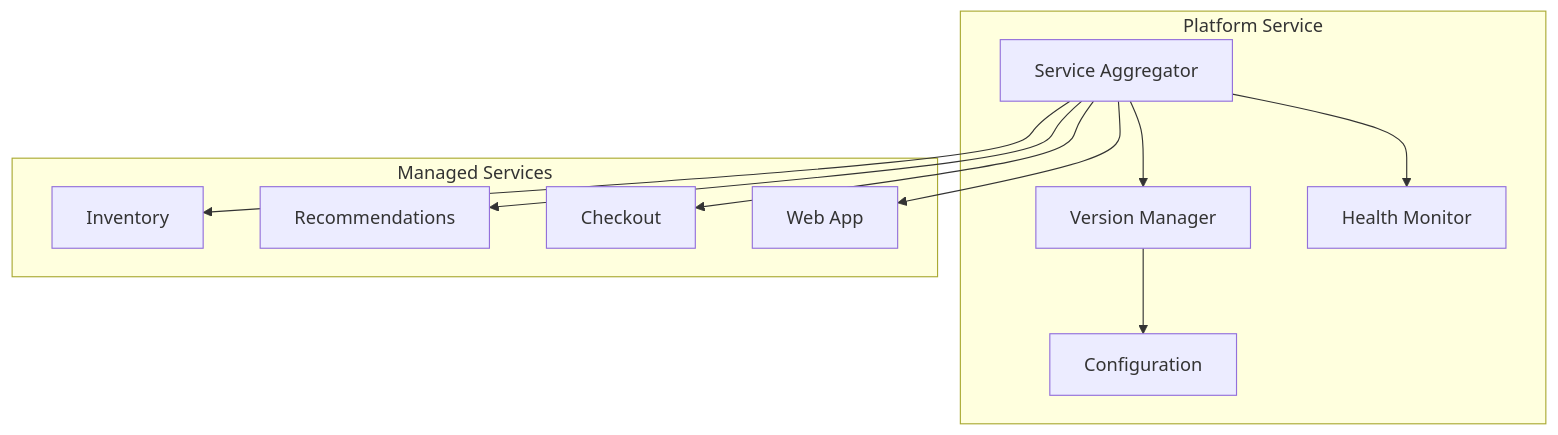
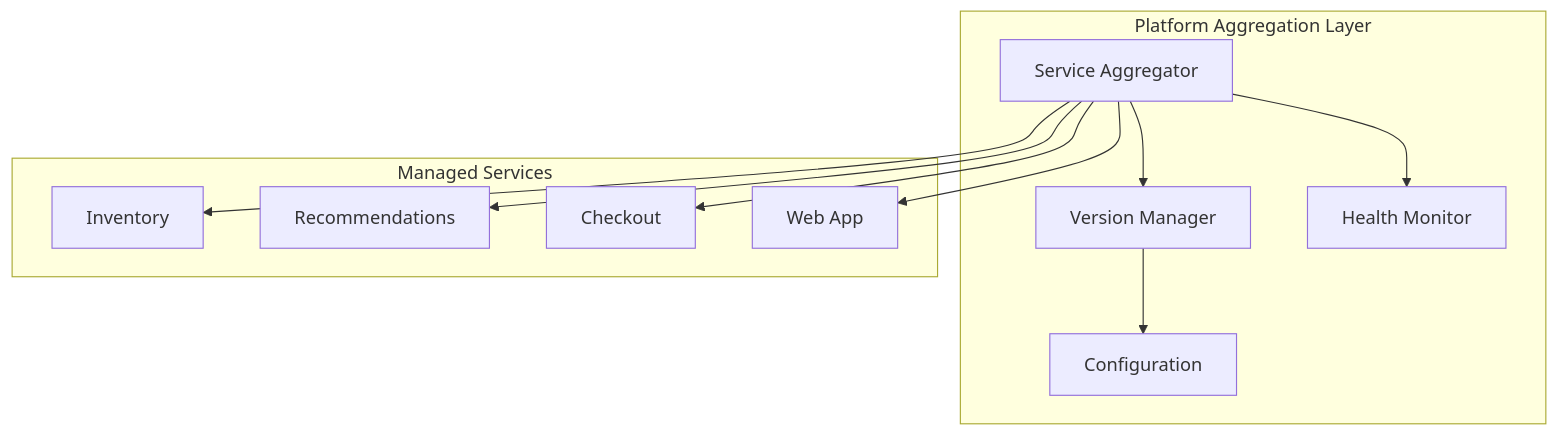
Before and after one commit to yonatanp-jfrog/bookverse-demo-init: the sixth of 10 diagrams in docs/ARCHITECTURE.md, drawn with Mermaid. The commit also changed other lines of this file, not shown here.

First line of the commit message:
refactor: Update architecture diagram to reflect actual implementation

````diff
--- a/docs/ARCHITECTURE.md
+++ b/docs/ARCHITECTURE.md
@@ -259,25 +255,25 @@
 ```mermaid
 graph TB
-    subgraph "Platform Service"
+    subgraph "Platform Aggregation Layer"
         AGG[Service Aggregator]
         VER[Version Manager]
         HEALTH[Health Monitor]
         CONF[Configuration]
         
         AGG --> VER
         AGG --> HEALTH
         VER --> CONF
     end
     
     subgraph "Managed Services"
         INV[Inventory]
         REC[Recommendations]
         CHK[Checkout]
         WEB[Web App]
     end
     
     AGG --> INV
     AGG --> REC
     AGG --> CHK
     AGG --> WEB
 ```
````
